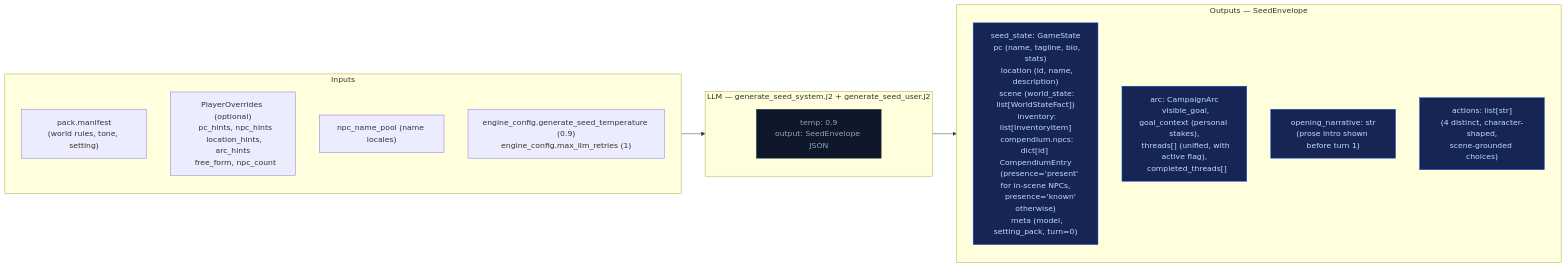
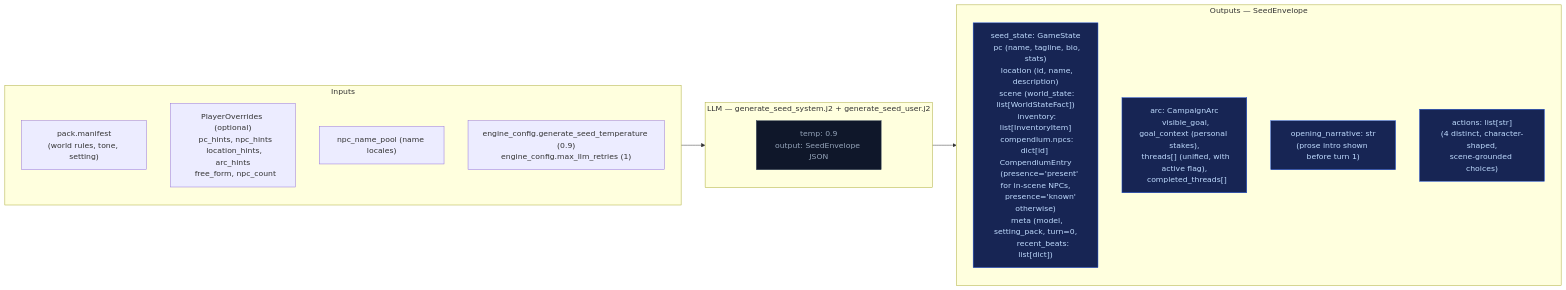
One commit to pww217/fablethread changed the second of 2 diagrams in docs/architecture/out-of-band.md. Above: the diagram before and after it, drawn with Mermaid. The commit also changed other lines of this file and 28 other files, not shown here.

````diff
--- a/docs/architecture/out-of-band.md
+++ b/docs/architecture/out-of-band.md
@@ -32,26 +32,26 @@
 ```mermaid
 flowchart LR
     classDef llmNode fill:#0f172a,color:#94a3b8,stroke:#334155
     classDef outNode fill:#172554,color:#bfdbfe,stroke:#1d4ed8
 
     subgraph IN["Inputs"]
         G1["pack.manifest<br>(world rules, tone, setting)"]
         G3["PlayerOverrides (optional)<br>  pc_hints, npc_hints<br>  location_hints, arc_hints<br>  free_form, npc_count"]
         G4["npc_name_pool (name locales)"]
         G5["engine_config.generate_seed_temperature (0.9)<br>engine_config.max_llm_retries (1)"]
     end
 
     subgraph LLM_GS["LLM — generate_seed_system.j2 + generate_seed_user.j2"]
         GL["temp: 0.9<br>output: SeedEnvelope JSON"]:::llmNode
     end
 
     subgraph OUT["Outputs — SeedEnvelope"]
-        O1["seed_state: GameState<br>  pc (name, tagline, bio, stats)<br>  location (id, name, description)<br>  scene (world_state: list[WorldStateFact])<br>  inventory: list[InventoryItem]<br>  compendium.npcs: dict[id] CompendiumEntry<br>    (presence='present' for in-scene NPCs,<br>     presence='known' otherwise)<br>  meta (model, setting_pack, turn=0)"]:::outNode
+        O1["seed_state: GameState<br>  pc (name, tagline, bio, stats)<br>  location (id, name, description)<br>  scene (world_state: list[WorldStateFact])<br>  inventory: list[InventoryItem]<br>  compendium.npcs: dict[id] CompendiumEntry<br>    (presence='present' for in-scene NPCs,<br>     presence='known' otherwise)<br>  meta (model, setting_pack, turn=0,<br>       recent_beats: list[dict])"]:::outNode
         O2["arc: CampaignArc<br>  visible_goal, goal_context (personal stakes),<br>  threads[] (unified, with active flag),<br>  completed_threads[]"]:::outNode
         O3["opening_narrative: str<br>(prose intro shown before turn 1)"]:::outNode
         O4["actions: list[str]<br>(4 distinct, character-shaped,<br>scene-grounded choices)"]:::outNode
     end
 
     IN --> LLM_GS
     LLM_GS --> OUT
 ```
````
